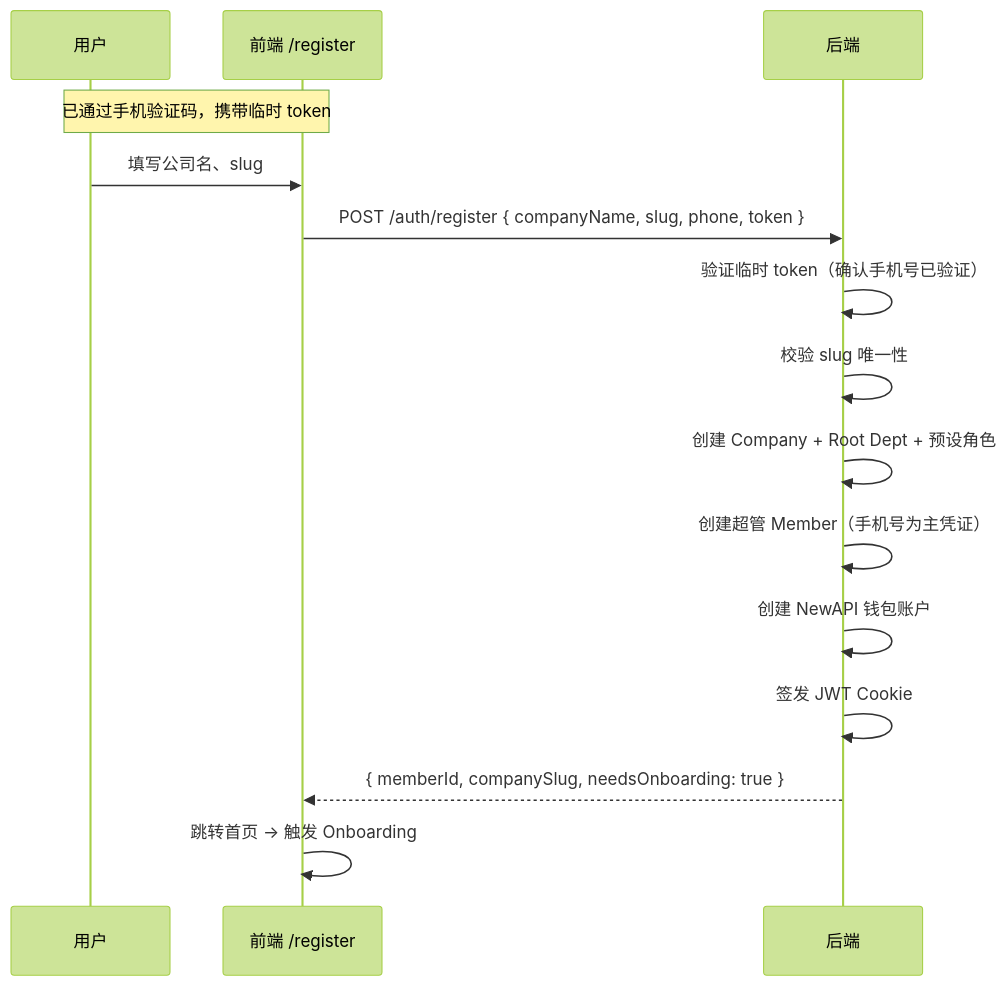
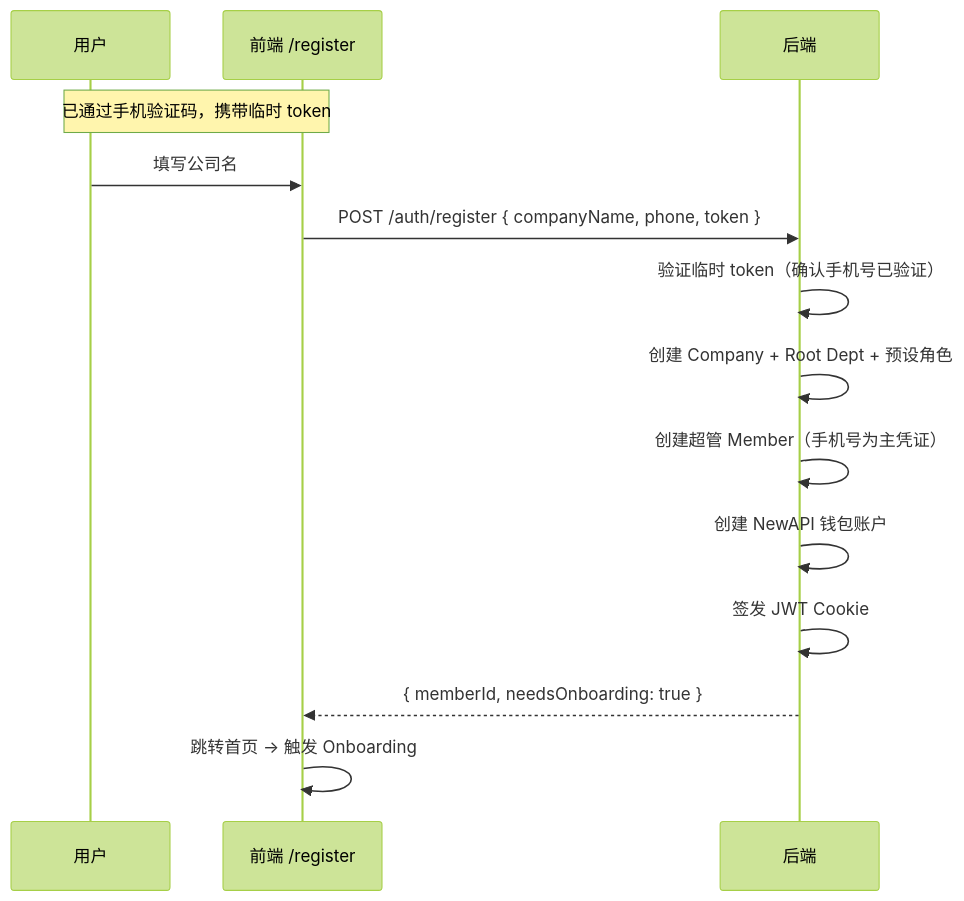
One commit to quyip8818/mytokenjoy changed the third of 4 diagrams in docs/plan/登录注册方案设计.md. Above: the diagram before and after it, drawn with Mermaid (forest theme). The commit also changed other lines of this file and 3 other files, not shown here.

````diff
--- a/docs/plan/登录注册方案设计.md
+++ b/docs/plan/登录注册方案设计.md
@@ -214,18 +211,17 @@
 ```mermaid
 sequenceDiagram
     participant U as 用户
     participant F as 前端 /register
     participant B as 后端
 
     Note over U,F: 已通过手机验证码，携带临时 token
-    U->>F: 填写公司名、slug
-    F->>B: POST /auth/register { companyName, slug, phone, token }
+    U->>F: 填写公司名
+    F->>B: POST /auth/register { companyName, phone, token }
     B->>B: 验证临时 token（确认手机号已验证）
-    B->>B: 校验 slug 唯一性
     B->>B: 创建 Company + Root Dept + 预设角色
     B->>B: 创建超管 Member（手机号为主凭证）
     B->>B: 创建 NewAPI 钱包账户
     B->>B: 签发 JWT Cookie
-    B-->>F: { memberId, companySlug, needsOnboarding: true }
+    B-->>F: { memberId, needsOnboarding: true }
     F->>F: 跳转首页 → 触发 Onboarding
 ```
````
